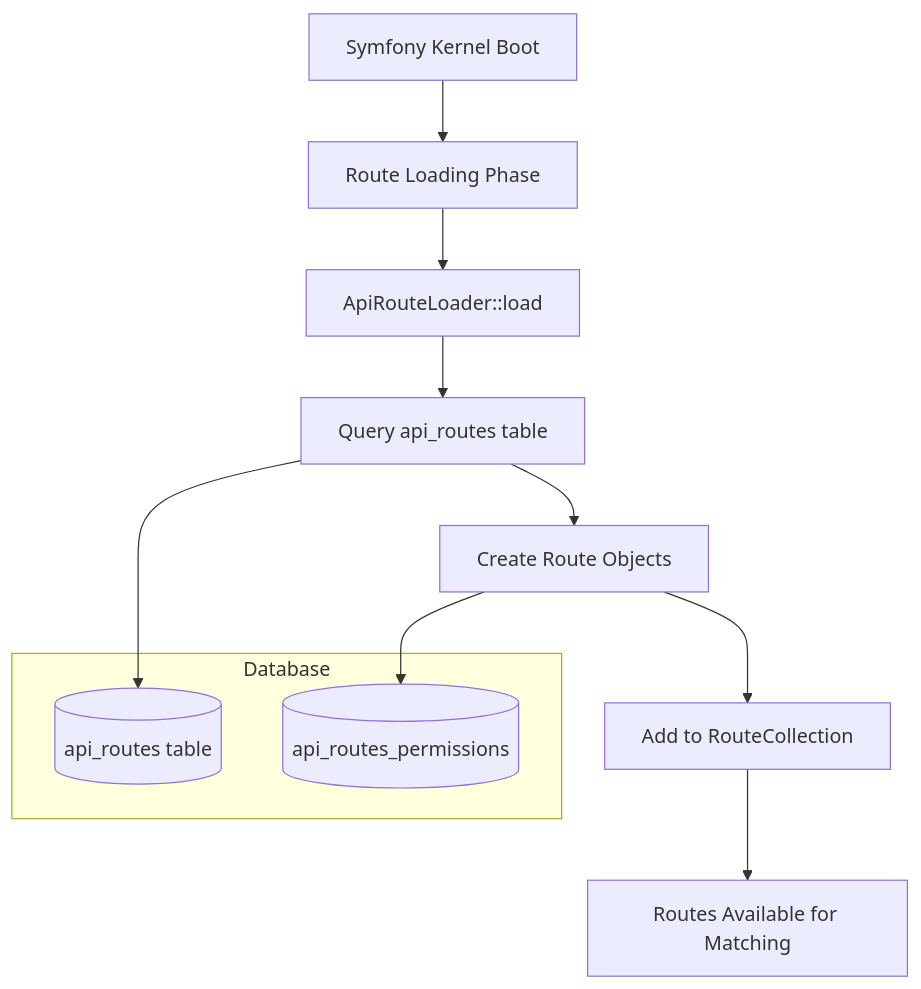
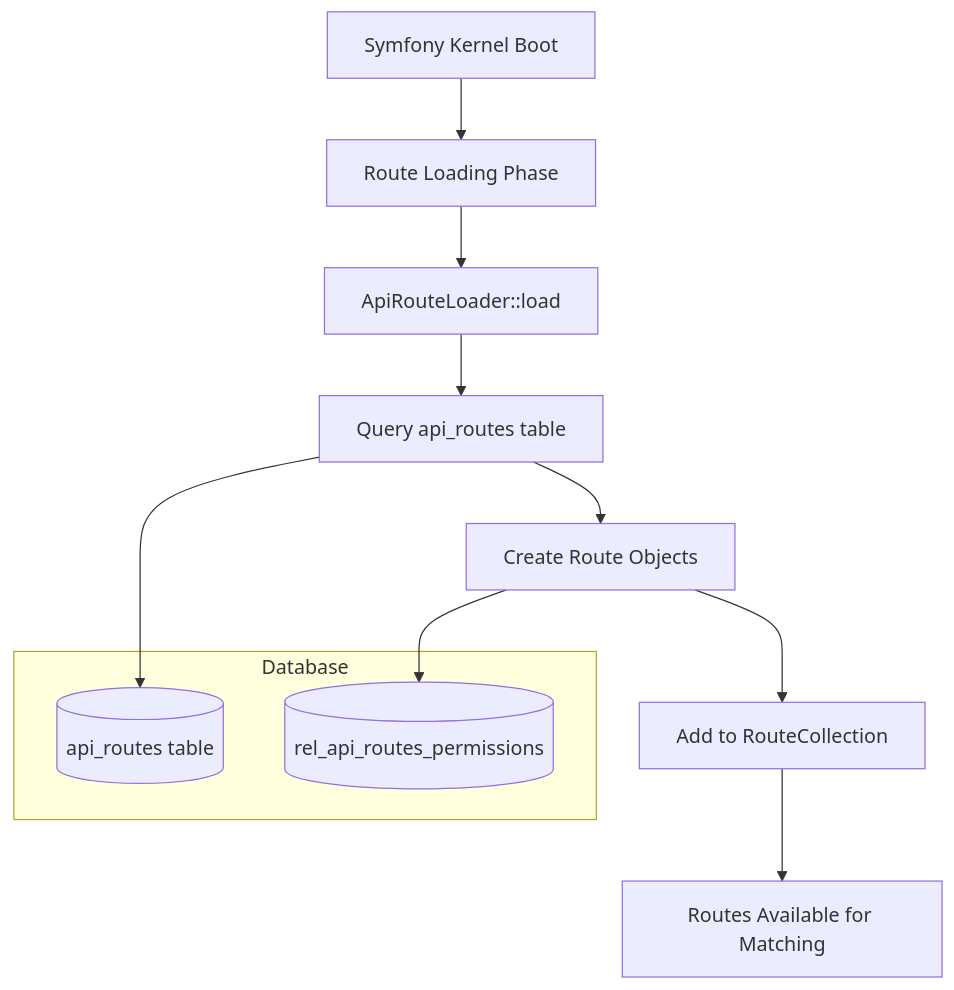
The first of 2 diagrams in docs/developer/02-dynamic-routing.md (humdek-unibe-ch/sh-selfhelp_backend), drawn with Mermaid before and after one commit. The commit also changed other lines of this file and 73 other files, not shown here.

First line of the commit message:
refactor(db): enforce canonical lowercase_snake_case for DB columns + indexes, fix Doctrine schema sync

````diff
--- a/docs/developer/02-dynamic-routing.md
+++ b/docs/developer/02-dynamic-routing.md
@@ -17,17 +17,17 @@
 ```mermaid
 graph TD
     A[Symfony Kernel Boot] --> B[Route Loading Phase]
     B --> C[ApiRouteLoader::load]
     C --> D[Query api_routes table]
     D --> E[Create Route Objects]
     E --> F[Add to RouteCollection]
     F --> G[Routes Available for Matching]
     
     subgraph "Database"
         H[(api_routes table)]
-        I[(api_routes_permissions)]
+        I[(rel_api_routes_permissions)]
     end
     
     D --> H
     E --> I
 ```
````
